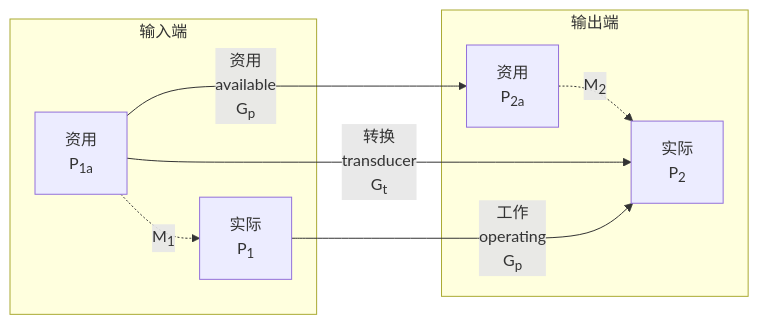
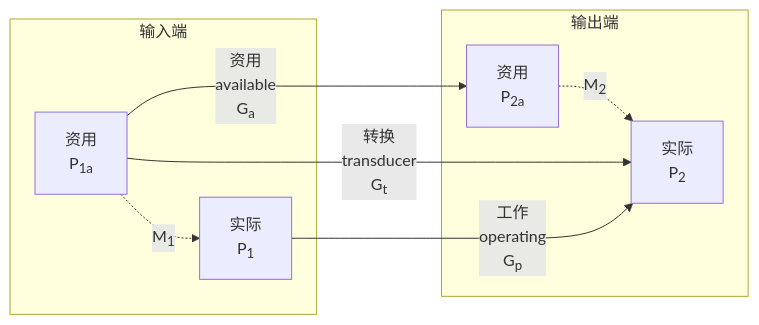
Before and after one commit to YDX-2147483647/summaries: the fourth of 6 diagrams in docs/course/microwave-circuits.md, drawn with Mermaid. The commit also changed other lines of this file, not shown here.

````diff
--- a/docs/course/microwave-circuits.md
+++ b/docs/course/microwave-circuits.md
@@ -603,15 +603,15 @@
 ```mermaid
 flowchart LR
     subgraph 输入端
         1a["资用<br>P<sub>1a</sub>"]
         -.->|"M<sub>1</sub>"| 1["实际<br>P<sub>1</sub>"]
     end
     subgraph 输出端
         2a["资用<br>P<sub>2a</sub>"]
         -.->|"M<sub>2</sub>"| 2["实际<br>P<sub>2</sub>"]
     end
 
     1a --->|"转换<br>transducer<br>G<sub>t</sub>"| 2
     1 --->|"工作<br>operating<br>G<sub>p</sub>"| 2
-    1a --->|"资用<br>available <br>G<sub>p</sub>"| 2a
+    1a --->|"资用<br>available <br>G<sub>a</sub>"| 2a
 ```
````
